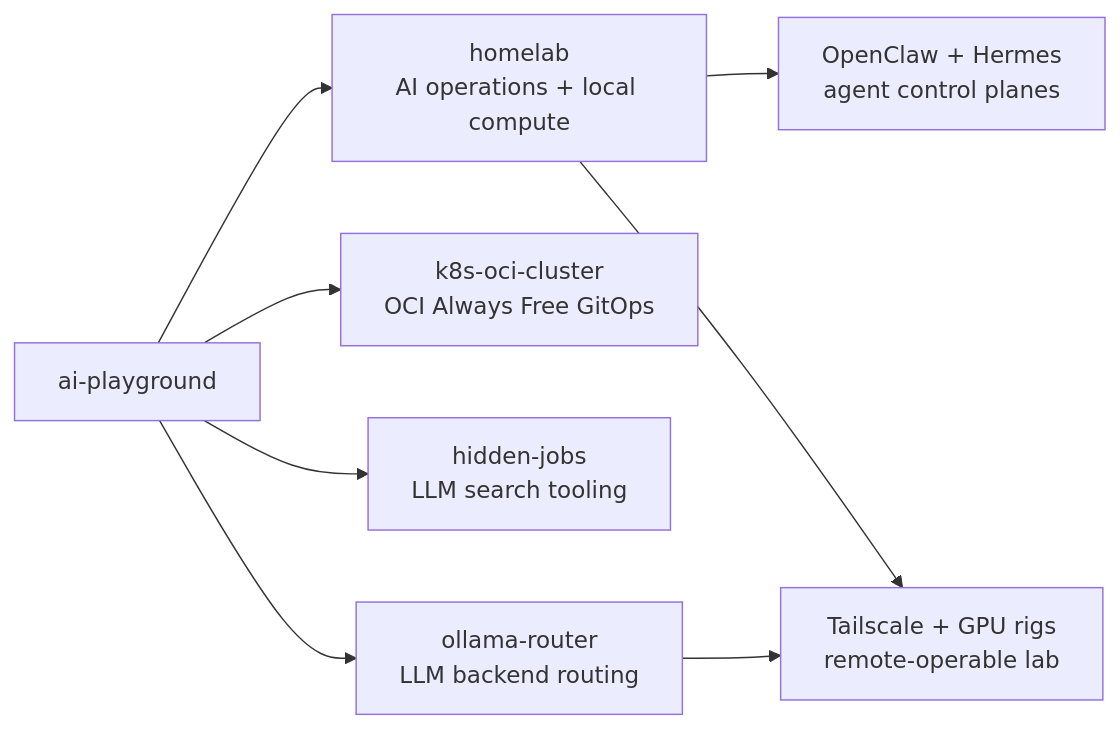
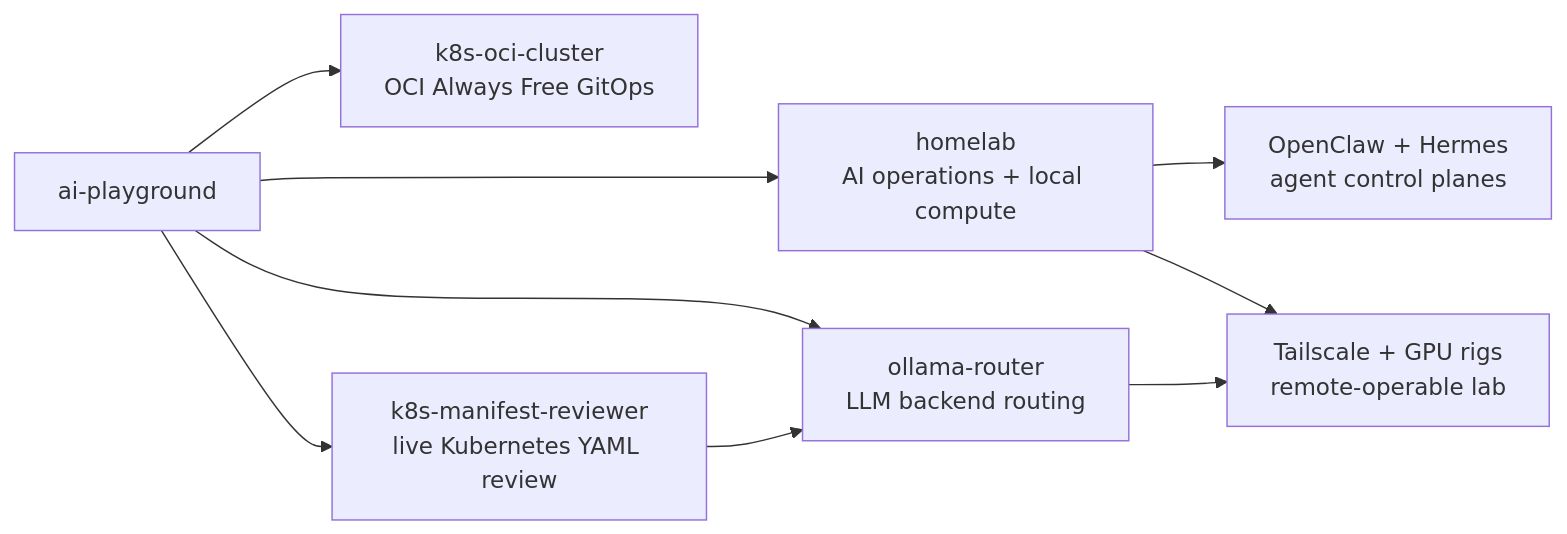
The diagram in README.md (maslankalm/ai-playground), drawn with Mermaid before and after one commit. The commit also changed other lines of this file and 8 other files, not shown here.

Commit message:
Highlight live manifest reviewer demo

````diff
--- a/README.md
+++ b/README.md
@@ -9,19 +15,20 @@
 ```mermaid
 flowchart LR
     REPO["ai-playground"]
     HOMELAB["homelab<br/>AI operations + local compute"]
     K8S["k8s-oci-cluster<br/>OCI Always Free GitOps"]
-    HIDDEN["hidden-jobs<br/>LLM search tooling"]
+    REVIEWER["k8s-manifest-reviewer<br/>live Kubernetes YAML review"]
     ROUTER["ollama-router<br/>LLM backend routing"]
 
     AGENTS["OpenClaw + Hermes<br/>agent control planes"]
     LAB["Tailscale + GPU rigs<br/>remote-operable lab"]
 
     REPO --> HOMELAB
     REPO --> K8S
-    REPO --> HIDDEN
+    REPO --> REVIEWER
     REPO --> ROUTER
     HOMELAB --> AGENTS
     HOMELAB --> LAB
+    REVIEWER --> ROUTER
     ROUTER --> LAB
 ```
````
